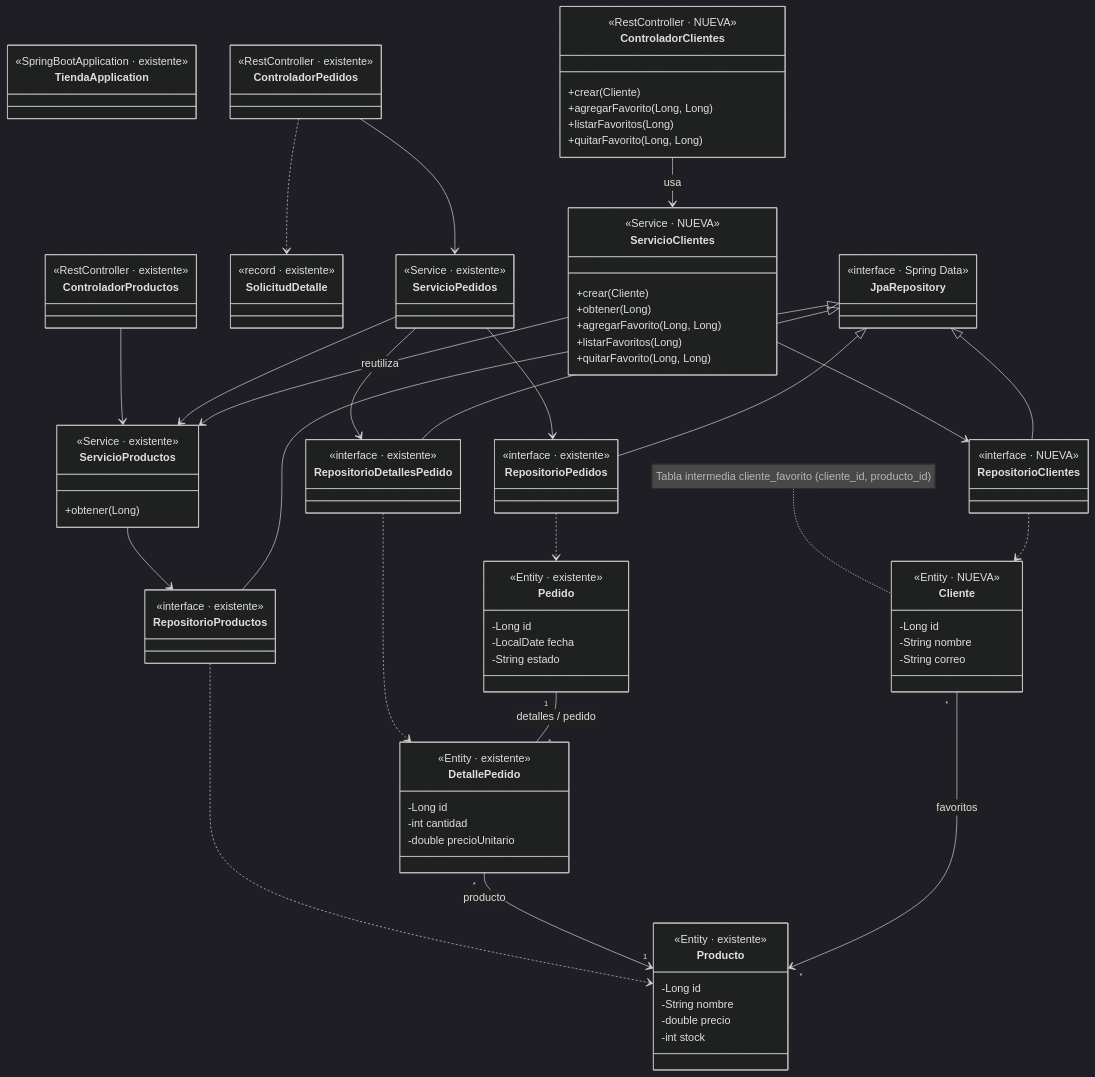
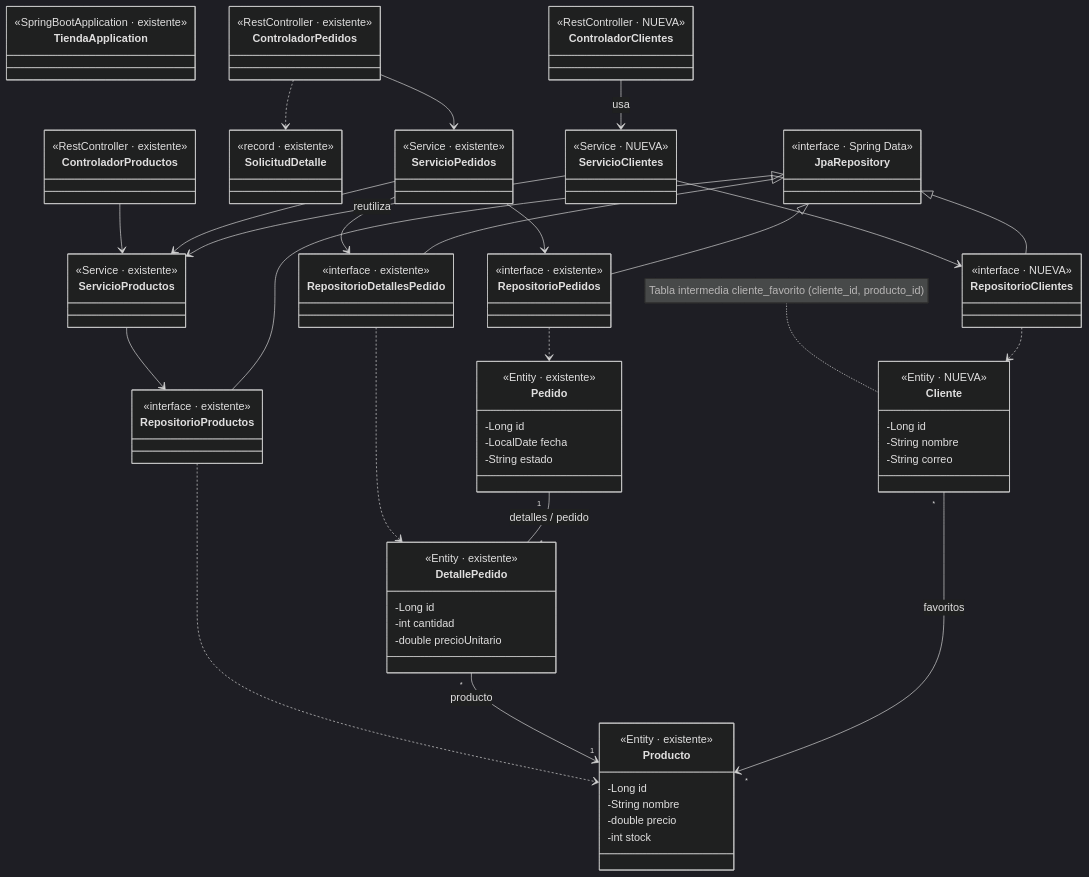
Before and after one commit to crodrigr/skill-spring-boot: the diagram in generador-cursos/curso-spring-boot/guias/modulo-03-04/04-guia-tienda-3-muchos-a-muchos.md, drawn with Mermaid (dark theme). The commit also changed 2 other files, not shown here.

```diff
--- a/generador-cursos/curso-spring-boot/guias/modulo-03-04/04-guia-tienda-3-muchos-a-muchos.md
+++ b/generador-cursos/curso-spring-boot/guias/modulo-03-04/04-guia-tienda-3-muchos-a-muchos.md
@@ -20,7 +20,6 @@
     }
     class ServicioProductos {
         <<Service · existente>>
-        +obtener(Long)
     }
     class RepositorioProductos {
         <<interface · existente>>
@@ -61,18 +60,9 @@
     }
     class ControladorClientes {
         <<RestController · NUEVA>>
-        +crear(Cliente)
-        +agregarFavorito(Long, Long)
-        +listarFavoritos(Long)
-        +quitarFavorito(Long, Long)
     }
     class ServicioClientes {
         <<Service · NUEVA>>
-        +crear(Cliente)
-        +obtener(Long)
-        +agregarFavorito(Long, Long)
-        +listarFavoritos(Long)
-        +quitarFavorito(Long, Long)
     }
     class RepositorioClientes {
         <<interface · NUEVA>>
```
